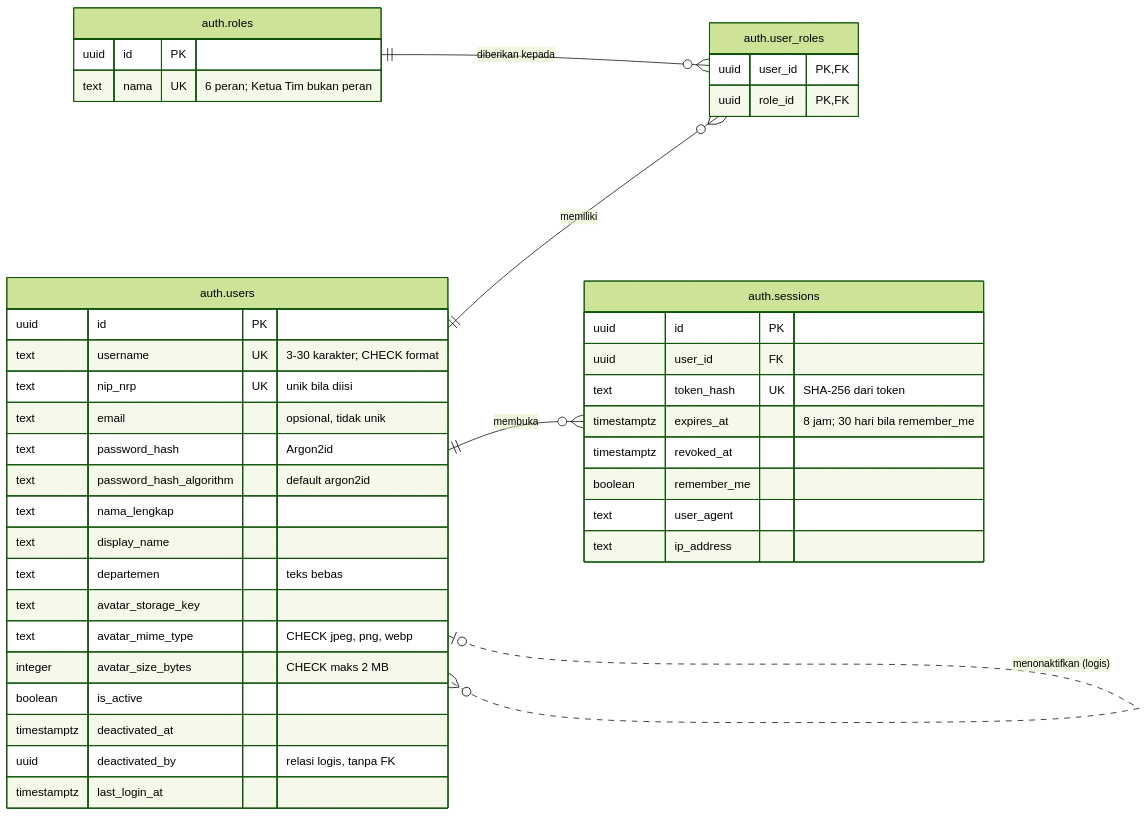
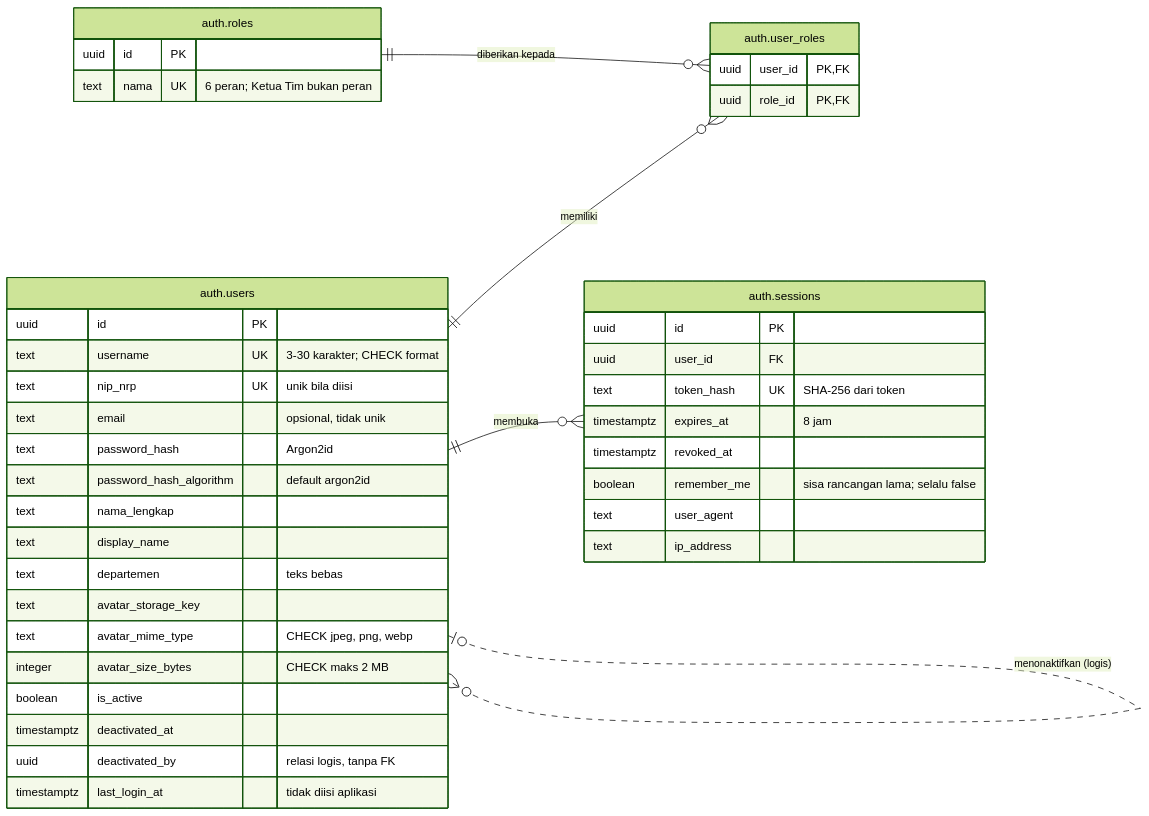
The second of 6 diagrams in docs/skripsi/rancangan-erd.md (BingoAndBro/dms-kepser), drawn with Mermaid (forest theme) before and after one commit. The commit also changed other lines of this file and 7 other files, not shown here.

````diff
--- a/docs/skripsi/rancangan-erd.md
+++ b/docs/skripsi/rancangan-erd.md
@@ -360,44 +365,44 @@
 ```mermaid
 erDiagram
   direction LR
   users["auth.users"] {
     uuid id PK
     text username UK "3-30 karakter; CHECK format"
     text nip_nrp UK "unik bila diisi"
     text email "opsional, tidak unik"
     text password_hash "Argon2id"
     text password_hash_algorithm "default argon2id"
     text nama_lengkap
     text display_name
     text departemen "teks bebas"
     text avatar_storage_key
     text avatar_mime_type "CHECK jpeg, png, webp"
     integer avatar_size_bytes "CHECK maks 2 MB"
     boolean is_active
     timestamptz deactivated_at
     uuid deactivated_by "relasi logis, tanpa FK"
-    timestamptz last_login_at
+    timestamptz last_login_at "tidak diisi aplikasi"
   }
   roles["auth.roles"] {
     uuid id PK
     text nama UK "6 peran; Ketua Tim bukan peran"
   }
   user_roles["auth.user_roles"] {
     uuid user_id PK, FK
     uuid role_id PK, FK
   }
   sessions["auth.sessions"] {
     uuid id PK
     uuid user_id FK
     text token_hash UK "SHA-256 dari token"
-    timestamptz expires_at "8 jam; 30 hari bila remember_me"
+    timestamptz expires_at "8 jam"
     timestamptz revoked_at
-    boolean remember_me
+    boolean remember_me "sisa rancangan lama; selalu false"
     text user_agent
     text ip_address
   }
   users ||--o{ user_roles : "memiliki"
   roles ||--o{ user_roles : "diberikan kepada"
   users ||--o{ sessions : "membuka"
   users |o..o{ users : "menonaktifkan (logis)"
 ```
````
